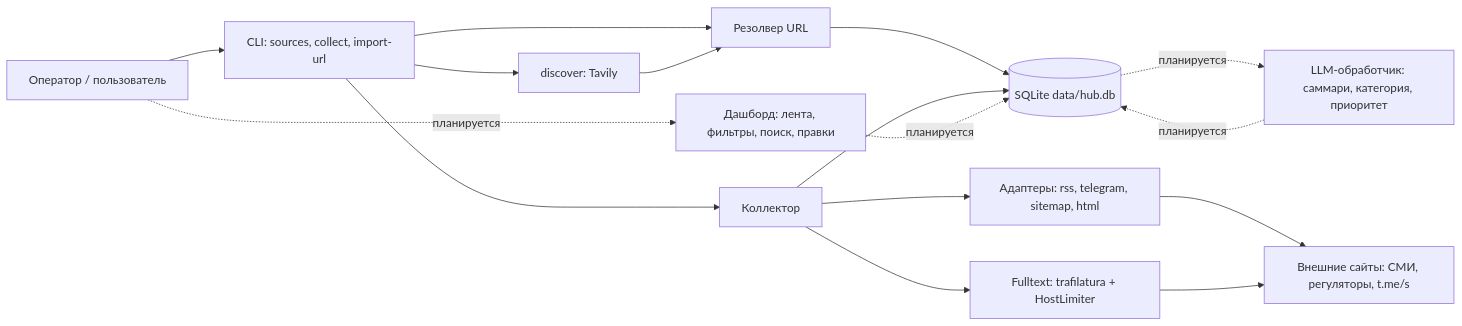
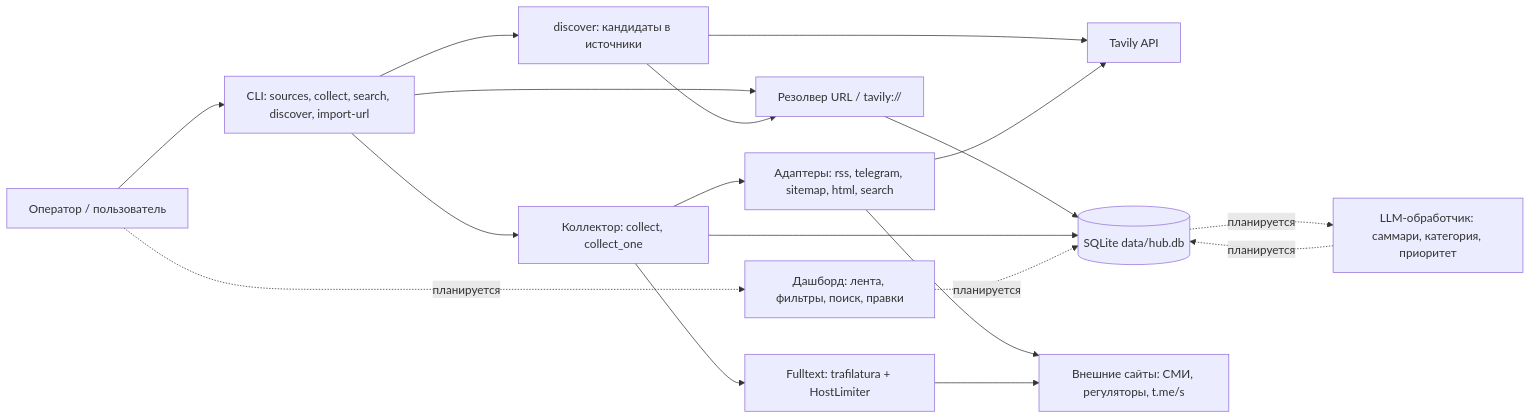
One commit to youngwow/ai-analytics-hub changed the first of 2 diagrams in docs/architecture.md. Above: the diagram before and after it, drawn with Mermaid. The commit also changed other lines of this file and 24 other files, not shown here.

````diff
--- a/docs/architecture.md
+++ b/docs/architecture.md
@@ -22,18 +23,20 @@
 ```mermaid
 flowchart LR
-    U[Оператор / пользователь] --> CLI[CLI: sources, collect, import-url]
+    U[Оператор / пользователь] --> CLI[CLI: sources, collect, search, discover, import-url]
     U -. планируется .-> UI[Дашборд: лента, фильтры, поиск, правки]
-    CLI --> R[Резолвер URL]
-    CLI --> C[Коллектор]
-    CLI --> DISC[discover: Tavily]
+    CLI --> R[Резолвер URL / tavily://]
+    CLI --> C[Коллектор: collect, collect_one]
+    CLI --> DISC[discover: кандидаты в источники]
+    DISC --> TAV[Tavily API]
     DISC --> R
     R --> DB[(SQLite data/hub.db)]
-    C --> A[Адаптеры: rss, telegram, sitemap, html]
+    C --> A[Адаптеры: rss, telegram, sitemap, html, search]
     A --> EXT[Внешние сайты: СМИ, регуляторы, t.me/s]
+    A --> TAV
     C --> FT[Fulltext: trafilatura + HostLimiter]
     FT --> EXT
     C --> DB
     DB -. планируется .-> LLM[LLM-обработчик: саммари, категория, приоритет]
     LLM -. планируется .-> DB
     UI -. планируется .-> DB
 ```
````
